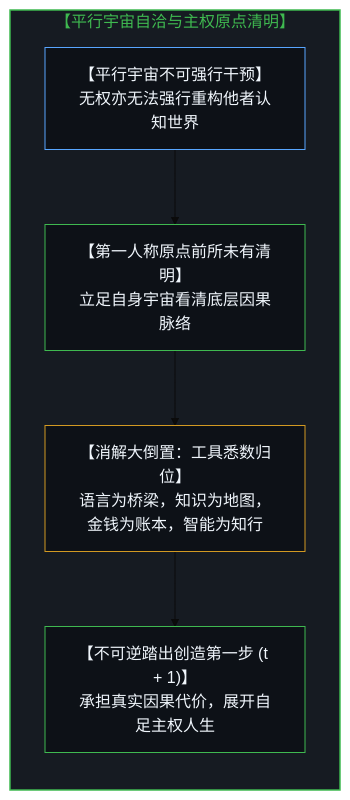
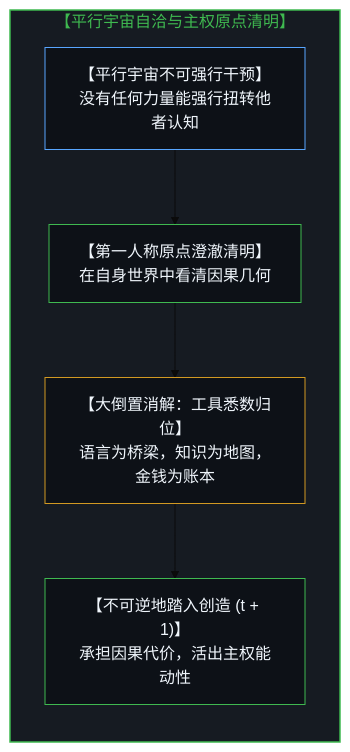
One commit to powerpig99/not-a-toe changed diagram 15 of 16 in content/posts/the-dissolution-of-the-great-reversal.md. Above: the diagram before and after it, drawn with Mermaid (base theme). The commit also changed other lines of this file and 3 other files, not shown here.

````diff
--- a/content/posts/the-dissolution-of-the-great-reversal.md
+++ b/content/posts/the-dissolution-of-the-great-reversal.md
@@ -609,18 +567,18 @@
 ```mermaid
 flowchart TD
     subgraph S_Multiverse["【平行宇宙自洽与主权原点清明】"]
         direction TB
-        ParallelUniverses["【平行宇宙不可强行干预】<br/>无权亦无法强行重构他者认知世界"]
-        FirstPersonClarity["【第一人称原点前所未有清明】<br/>立足自身宇宙看清底层因果脉络"]
-        ToolsRestored["【消解大倒置：工具悉数归位】<br/>语言为桥梁，知识为地图，金钱为账本，智能为知行"]
-        SovereignStep["【不可逆踏出创造第一步 (t + 1)】<br/>承担真实因果代价，展开自足主权人生"]
+        ParallelUniverses["【平行宇宙不可强行干预】<br/>没有任何力量能强行扭转他者认知"]
+        FirstPersonClarity["【第一人称原点澄澈清明】<br/>在自身世界中看清因果几何"]
+        ToolsRestored["【大倒置消解：工具悉数归位】<br/>语言为桥梁，知识为地图，金钱为账本"]
+        SovereignStep["【不可逆地踏入创造 (t + 1)】<br/>承担因果代价，活出主权能动性"]
         ParallelUniverses --> FirstPersonClarity
         FirstPersonClarity --> ToolsRestored
         ToolsRestored --> SovereignStep
     end
     style S_Multiverse fill:#161b22,stroke:#3fb950,stroke-width:1.5px,color:#3fb950
     style ParallelUniverses fill:#0d1117,stroke:#58a6ff,stroke-width:1px,color:#f0f6fc
     style FirstPersonClarity fill:#0d1117,stroke:#3fb950,stroke-width:1px,color:#f0f6fc
     style ToolsRestored fill:#0d1117,stroke:#d29922,stroke-width:1px,color:#f0f6fc
     style SovereignStep fill:#0d1117,stroke:#3fb950,stroke-width:1px,color:#f0f6fc
 ```
````
